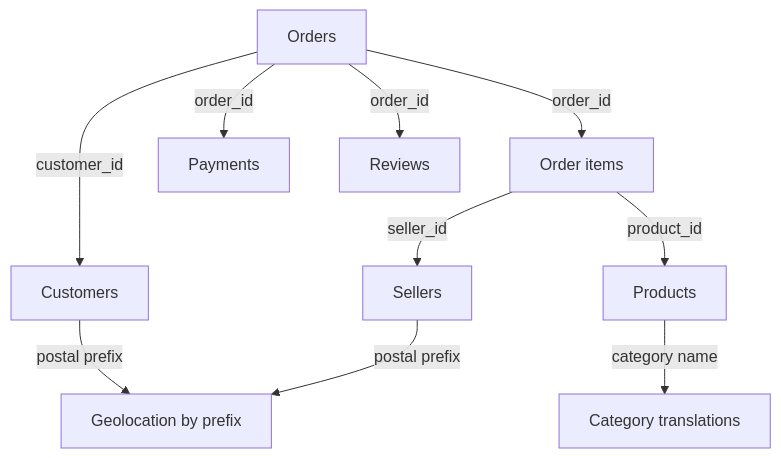
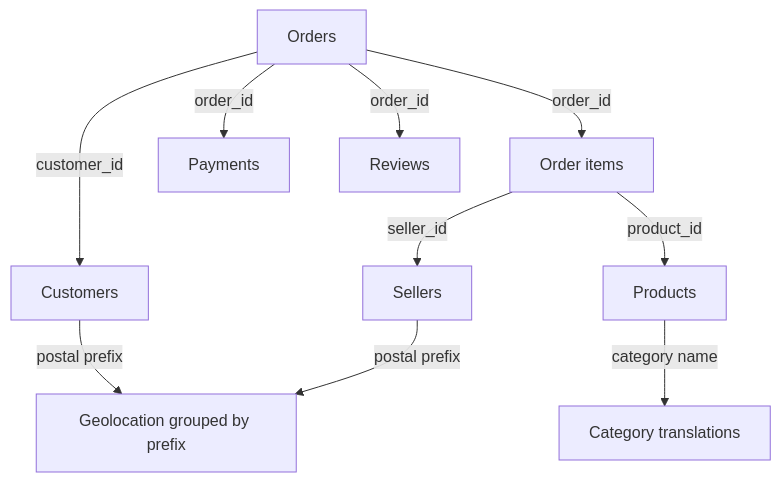
One commit to mehdi-hashemi-01/olist-ecommerce-sales-analysis changed the diagram in README.md. Above: the diagram before and after it, drawn with Mermaid. The commit also changed other lines of this file and 1 other file, not shown here.

Commit message:
docs: expand the Olist README with verified findings, charts, and business recommendations

````diff
--- a/README.md
+++ b/README.md
@@ -40,12 +123,12 @@
 ```mermaid
 flowchart TD
     O["Orders"] -->|"customer_id"| C["Customers"]
     O -->|"order_id"| I["Order items"]
     O -->|"order_id"| P["Payments"]
     O -->|"order_id"| R["Reviews"]
     I -->|"product_id"| PR["Products"]
     I -->|"seller_id"| S["Sellers"]
     PR -->|"category name"| T["Category translations"]
-    C -->|"postal prefix"| G["Geolocation by prefix"]
+    C -->|"postal prefix"| G["Geolocation grouped by prefix"]
     S -->|"postal prefix"| G
 ```
````
